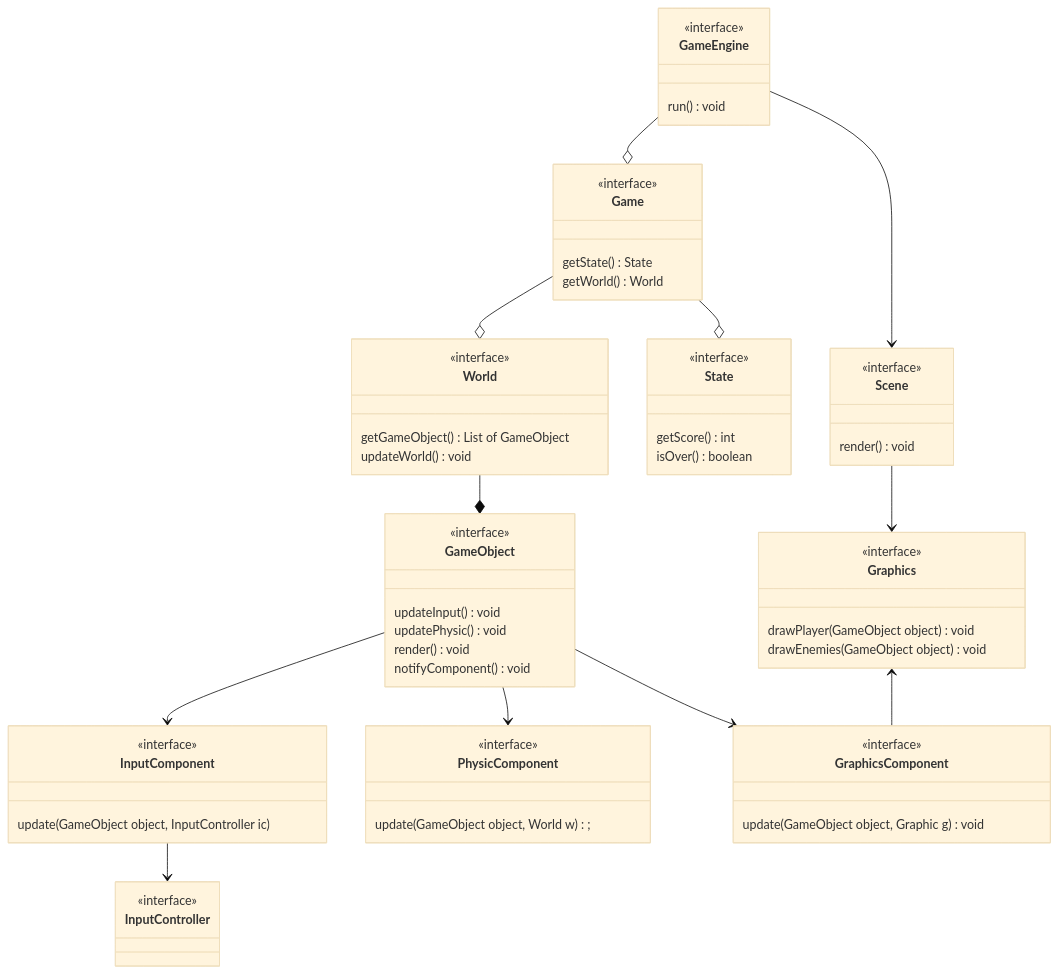
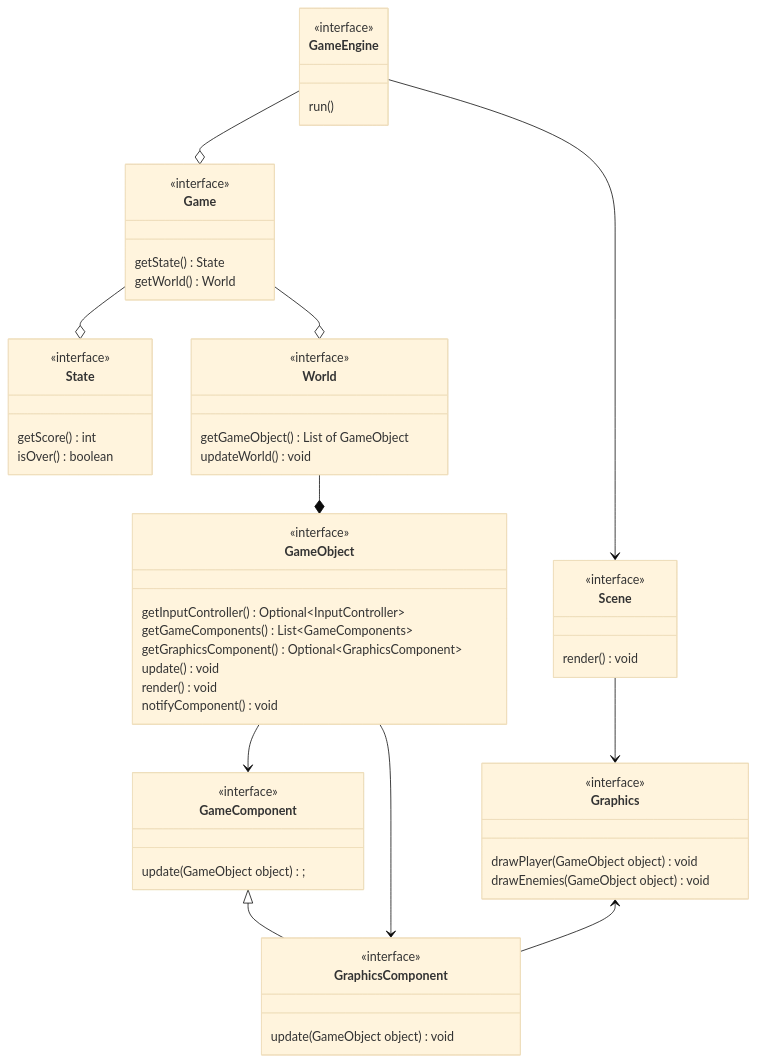
Before and after one commit to nicolodaddabbo/OOP22-t2s-game: the diagram in report/diagram/SoftwareArchtectureUML.md, drawn with Mermaid (base theme).

Commit message:
[REPORT] Modified diagram SoftwareArchitectureUML.md: Removed GameComponent sub-types

````diff
--- a/report/diagram/SoftwareArchtectureUML.md
+++ b/report/diagram/SoftwareArchtectureUML.md
@@ -1,82 +1,76 @@
 ```mermaid
 classDiagram
 
 GameEngine --o Game 
 GameEngine --> Scene
 Game --o  State
 Game --o World
 World --* GameObject
-GameObject --> InputComponent
-GameObject --> PhysicComponent
-GameObject --> GraphicsComponent
-InputComponent --> InputController
+GameObject --> GameComponent
+GameComponent <|-- GraphicsComponent
 Scene --> Graphics
+GraphicsComponent <-- GameObject
 Graphics <-- GraphicsComponent
 
 %% Rapresenting the MVC's "Model"
 %% Every thing in the model is a GameObject
 class GameObject{
     <<interface>>
-    updateInput() void
-    updatePhysic() void
+    getInputController() Optional~InputController~
+    getGameComponents() List~GameComponents~
+    getGraphicsComponent() Optional~GraphicsComponent~
+    update() void
     render() void
     notifyComponent() void
+
 }
 %%
-class InputComponent{
+class GameComponent{
     <<interface>>
-    update(GameObject object, InputController ic)
+    update(GameObject object);
 }
 %%
-class PhysicComponent{
-    <<interface>>
-    update(GameObject object, World w);
-}
 %%
 class GraphicsComponent{
     <<interface>>
-    update(GameObject object, Graphic g) void
-}
-%%
-class InputController{
-    <<interface>>
+    update(GameObject object) void
 }
 %%
 %% Rapresenting the MVC's "Controller"
 class GameEngine{
     <<interface>>
-    run() void
+    run() 
 }
 %% Rapresenting the current game of the player
 class Game{
     <<interface>>
     getState() State
     getWorld() World
 }
 %% State of a Game
 class State{
     <<interface>>
     getScore() int
     isOver() boolean
 }
 %% Basically a "Container" for all GameObjects
 class World{
     <<interface>>
     getGameObject() List of GameObject
     updateWorld() void
 }
 %% Rapresenting the MVC's "View" 
 class Scene{
     <<interface>>
     render() void
 }
 %% 
 class Graphics{
     <<interface>>
     drawPlayer(GameObject object) void
     drawEnemies(GameObject object) void
 }
 %% 
 
 
 ```
````
